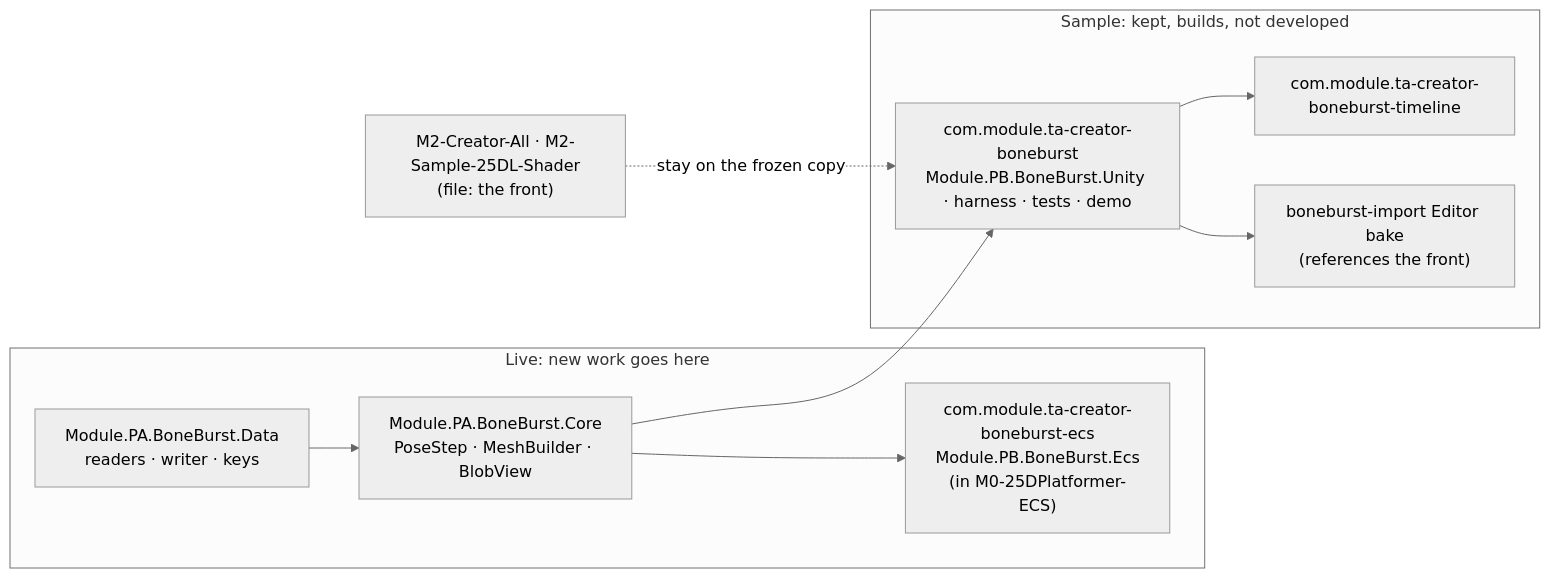
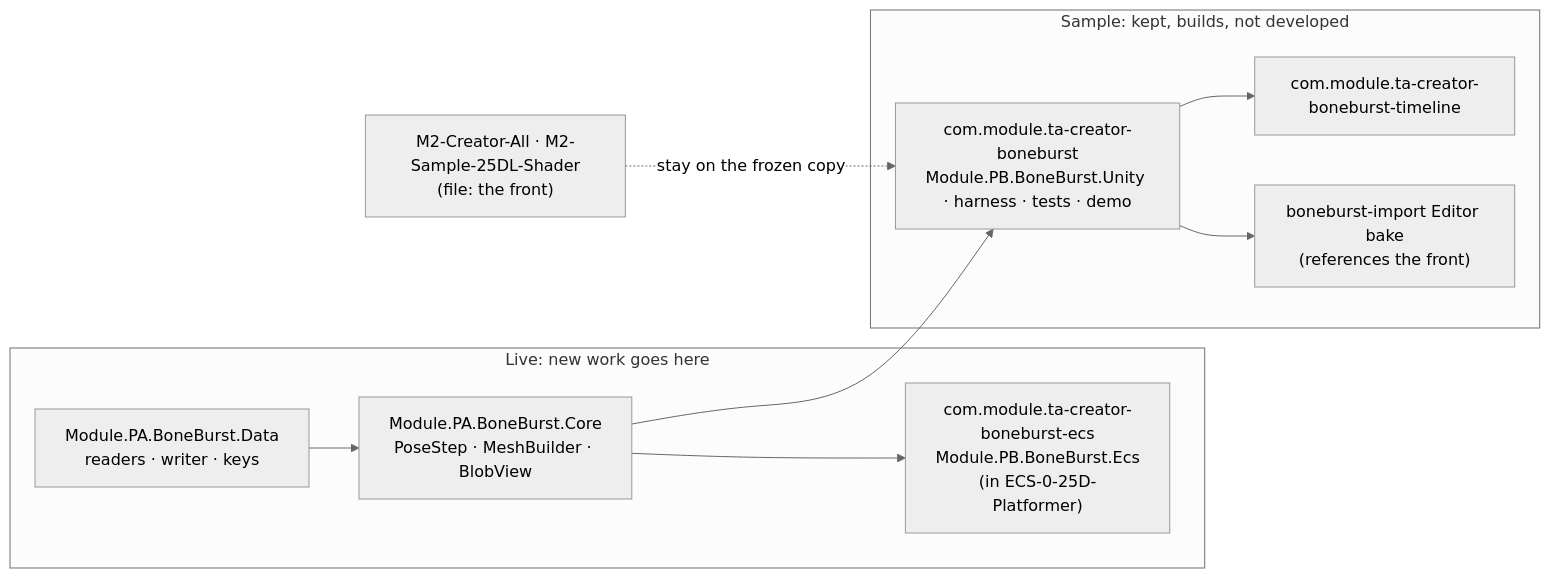
Before and after one commit to 12pnp/M0-Animation-2D: the diagram in Packages/com.module.ta-creator-boneburst/Doc/Review/D2-FrontPackageSample-Decision.md, drawn with Mermaid (neutral theme). The commit also changed other lines of this file and 7 other files, not shown here.

Commit message:
ECS project moved to ECS-0-25D-Platformer: paths updated; P15 baseline redone at 720p

````diff
--- a/Packages/com.module.ta-creator-boneburst/Doc/Review/D2-FrontPackageSample-Decision.md
+++ b/Packages/com.module.ta-creator-boneburst/Doc/Review/D2-FrontPackageSample-Decision.md
@@ -5,18 +5,18 @@
 ```mermaid
 flowchart LR
     subgraph LIVE["Live: new work goes here"]
         DATA["Module.PA.BoneBurst.Data<br/>readers · writer · keys"]
         CORE["Module.PA.BoneBurst.Core<br/>PoseStep · MeshBuilder · BlobView"]
-        ECS["com.module.ta-creator-boneburst-ecs<br/>Module.PB.BoneBurst.Ecs<br/>(in M0-25DPlatformer-ECS)"]
+        ECS["com.module.ta-creator-boneburst-ecs<br/>Module.PB.BoneBurst.Ecs<br/>(in ECS-0-25D-Platformer)"]
         DATA --> CORE --> ECS
     end
     subgraph SAMPLE["Sample: kept, builds, not developed"]
         FRONT["com.module.ta-creator-boneburst<br/>Module.PB.BoneBurst.Unity · harness · tests · demo"]
         TL["com.module.ta-creator-boneburst-timeline"]
         IMP["boneburst-import Editor bake<br/>(references the front)"]
         FRONT --> TL
         FRONT --> IMP
     end
     CORE --> FRONT
     M2["M2-Creator-All · M2-Sample-25DL-Shader<br/>(file: the front)"] -.->|"stay on the frozen copy"| FRONT
 ```
````
